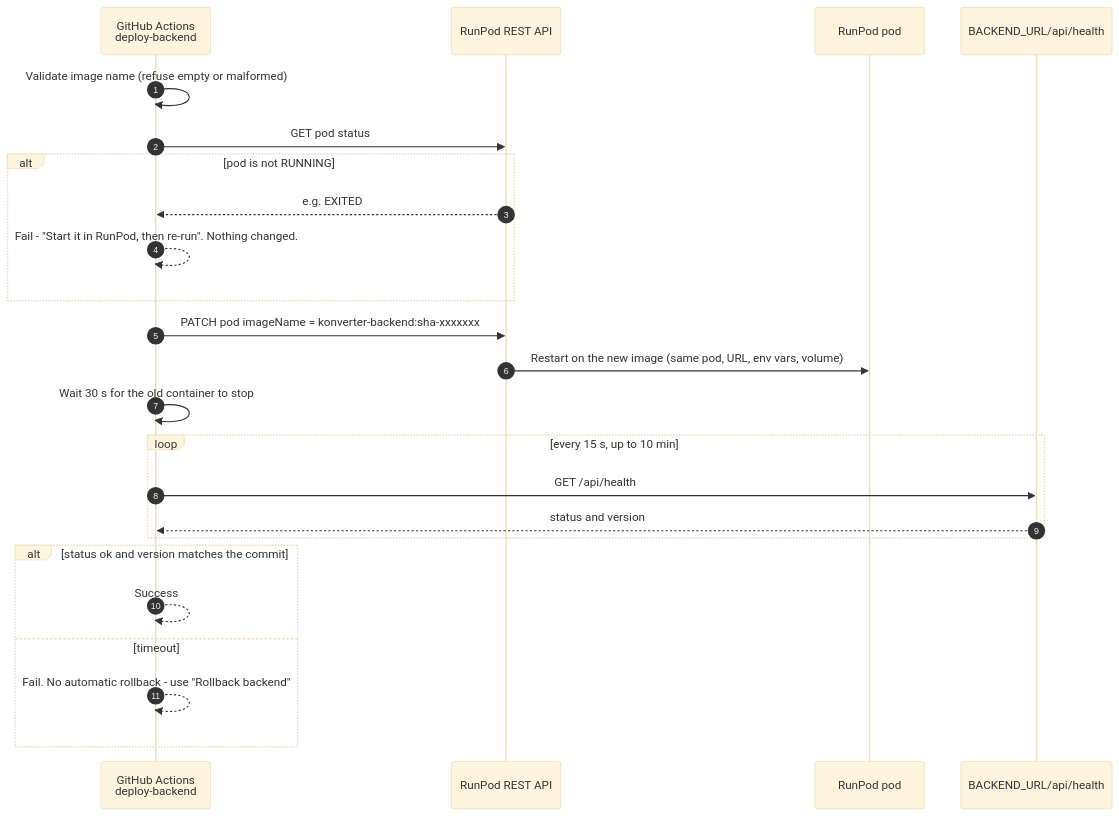
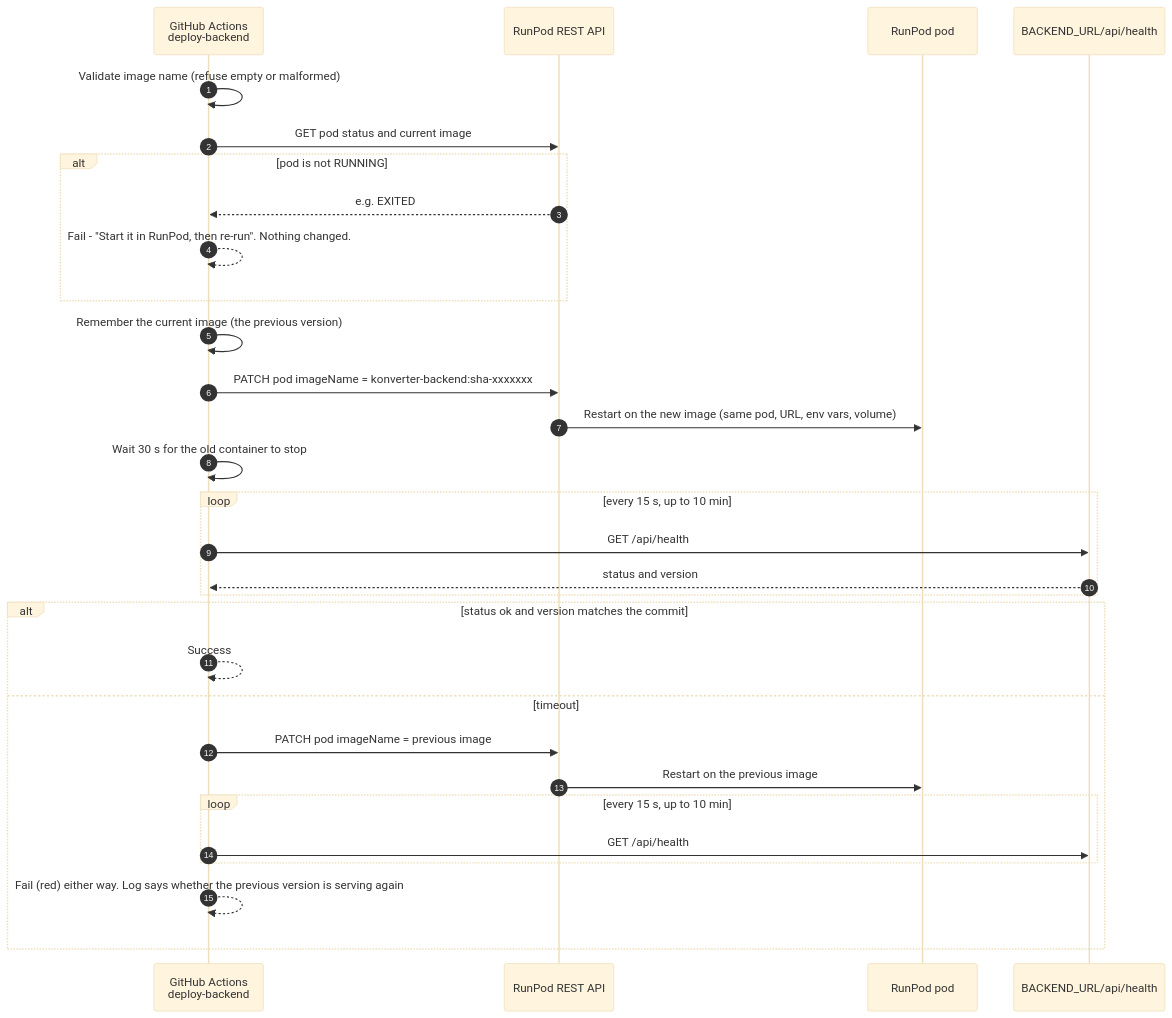
One commit to 4bits-capstone/Konverter_full_pipeline changed the fifth of 7 diagrams in docs/CI_CD.md. Above: the diagram before and after it, drawn with Mermaid (base theme). The commit also changed other lines of this file and 3 other files, not shown here.

````diff
--- a/docs/CI_CD.md
+++ b/docs/CI_CD.md
@@ -387,27 +387,33 @@
 ```mermaid
 sequenceDiagram
     autonumber
     participant GH as GitHub Actions<br/>deploy-backend
     participant API as RunPod REST API
     participant Pod as RunPod pod
     participant H as BACKEND_URL/api/health
 
     GH->>GH: Validate image name (refuse empty or malformed)
-    GH->>API: GET pod status
+    GH->>API: GET pod status and current image
     alt pod is not RUNNING
         API-->>GH: e.g. EXITED
         GH-->>GH: Fail - "Start it in RunPod, then re-run". Nothing changed.
     end
+    GH->>GH: Remember the current image (the previous version)
     GH->>API: PATCH pod imageName = konverter-backend:sha-xxxxxxx
     API->>Pod: Restart on the new image (same pod, URL, env vars, volume)
     GH->>GH: Wait 30 s for the old container to stop
     loop every 15 s, up to 10 min
         GH->>H: GET /api/health
         H-->>GH: status and version
     end
     alt status ok and version matches the commit
         GH-->>GH: Success
     else timeout
-        GH-->>GH: Fail. No automatic rollback - use "Rollback backend"
+        GH->>API: PATCH pod imageName = previous image
+        API->>Pod: Restart on the previous image
+        loop every 15 s, up to 10 min
+            GH->>H: GET /api/health
+        end
+        GH-->>GH: Fail (red) either way. Log says whether the previous version is serving again
     end
 ```
````
